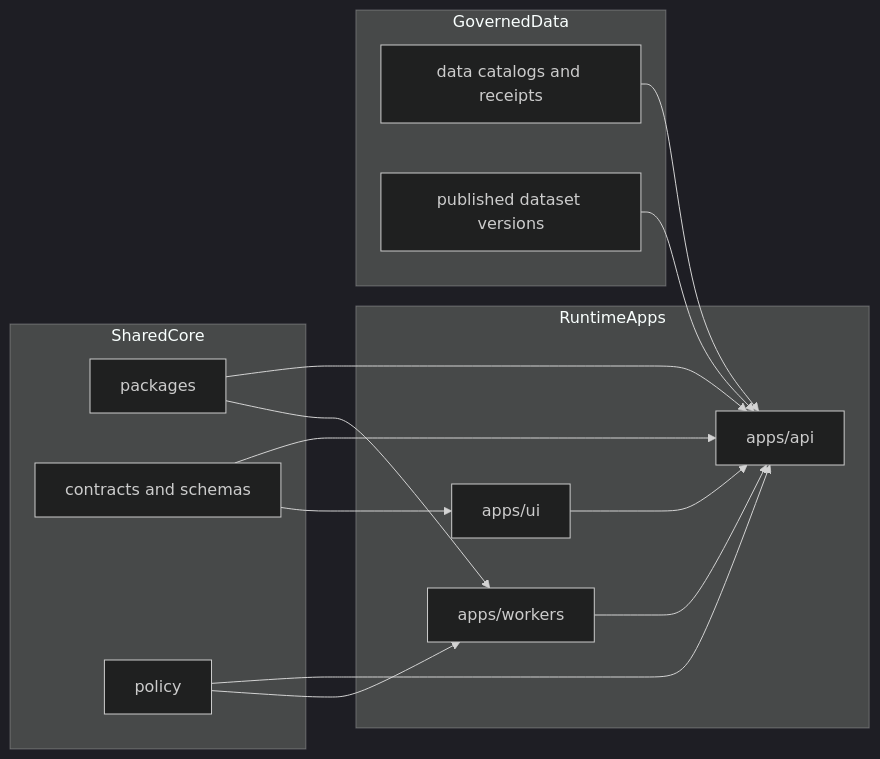
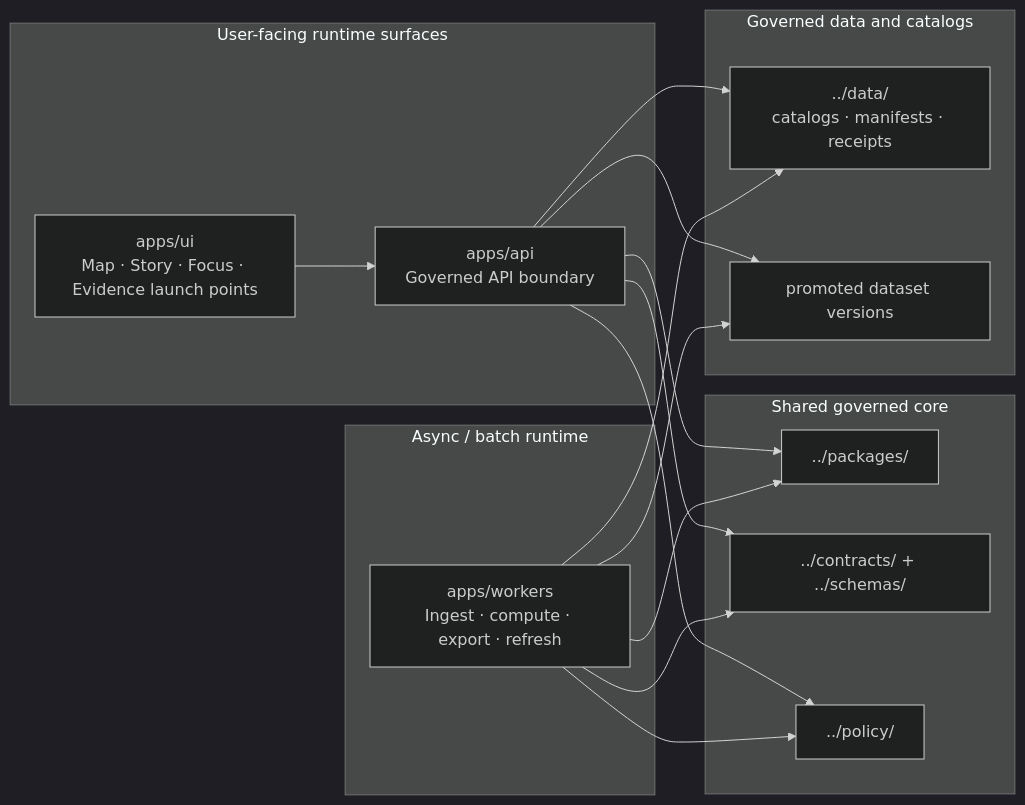
The diagram in apps/README.md (bartytime4life/Kansas-Frontier-Matrix), drawn with Mermaid (dark theme) before and after one commit. The commit also changed other lines of this file, not shown here.

````diff
--- a/apps/README.md
+++ b/apps/README.md
@@ -283,34 +381,36 @@
 ```mermaid
 flowchart LR
-  subgraph RuntimeApps
-    UI[apps/ui]
-    API[apps/api]
-    W[apps/workers]
+  subgraph UserFacing["User-facing runtime surfaces"]
+    UI["apps/ui<br/>Map · Story · Focus · Evidence launch points"]
+    API["apps/api<br/>Governed API boundary"]
   end
 
-  subgraph SharedCore
-    PKG[packages]
-    CTR[contracts and schemas]
-    POL[policy]
+  subgraph AsyncBatch["Async / batch runtime"]
+    W["apps/workers<br/>Ingest · compute · export · refresh"]
   end
 
-  subgraph GovernedData
-    CAT[data catalogs and receipts]
-    PUB[published dataset versions]
+  subgraph SharedCore["Shared governed core"]
+    PKG["../packages/"]
+    CTR["../contracts/ + ../schemas/"]
+    POL["../policy/"]
+  end
+
+  subgraph GovernedData["Governed data and catalogs"]
+    CAT["../data/<br/>catalogs · manifests · receipts"]
+    PUB["promoted dataset versions"]
   end
 
   UI --> API
-  W --> API
 
-  PKG --> API
-  PKG --> W
+  API --> PKG
+  API --> CTR
+  API --> POL
+  API --> CAT
+  API --> PUB
 
-  CTR --> API
-  CTR --> UI
-
-  POL --> API
-  POL --> W
-
-  CAT --> API
-  PUB --> API
+  W --> PKG
+  W --> CTR
+  W --> POL
+  W --> CAT
+  W --> PUB
 ```
````
